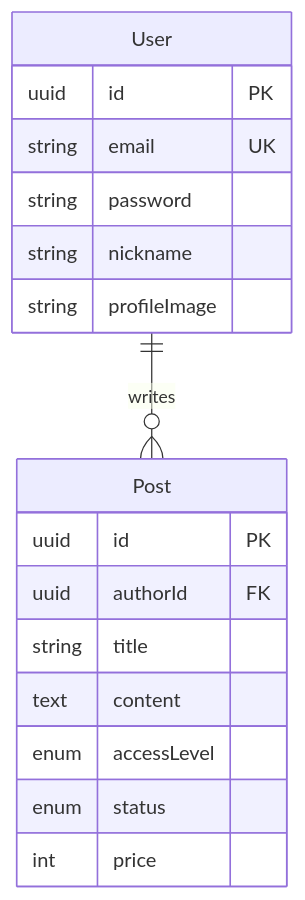
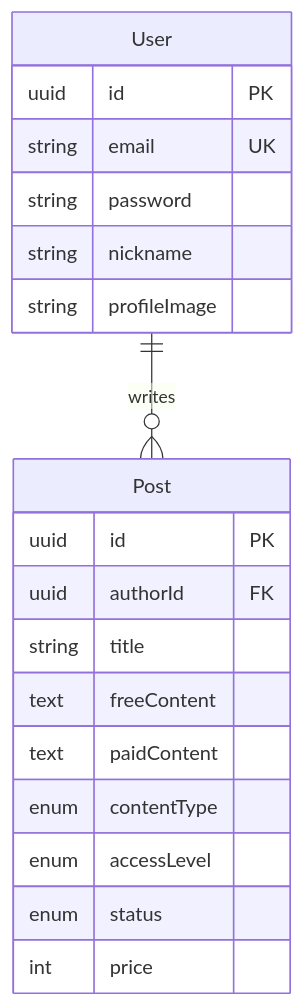
One commit to overdunenet/readly changed the diagram in .claude/context/domain/INDEX.md. Above: the diagram before and after it, drawn with Mermaid. The commit also changed other lines of this file and 8 other files, not shown here.

````diff
--- a/.claude/context/domain/INDEX.md
+++ b/.claude/context/domain/INDEX.md
@@ -20,20 +22,22 @@
 ```mermaid
 erDiagram
     User ||--o{ Post : writes
     User {
         uuid id PK
         string email UK
         string password
         string nickname
         string profileImage
     }
     Post {
         uuid id PK
         uuid authorId FK
         string title
-        text content
+        text freeContent
+        text paidContent
+        enum contentType
         enum accessLevel
         enum status
         int price
     }
 ```
````
